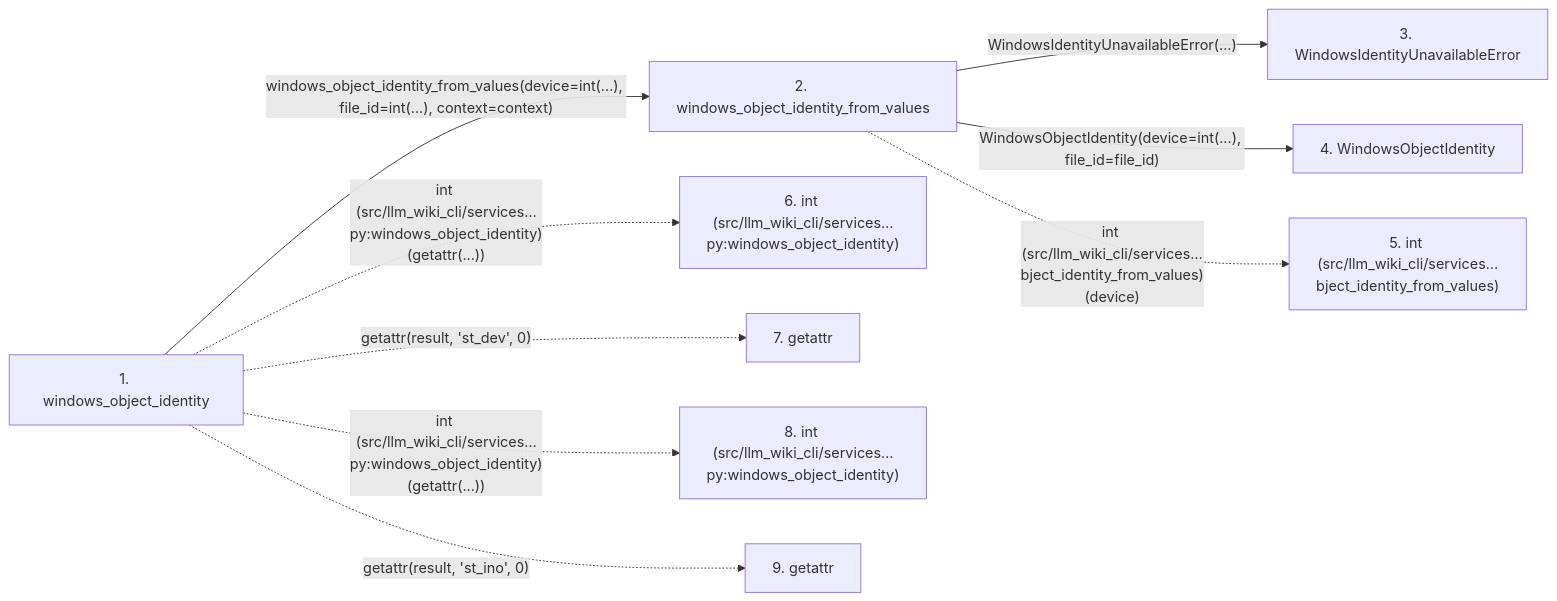
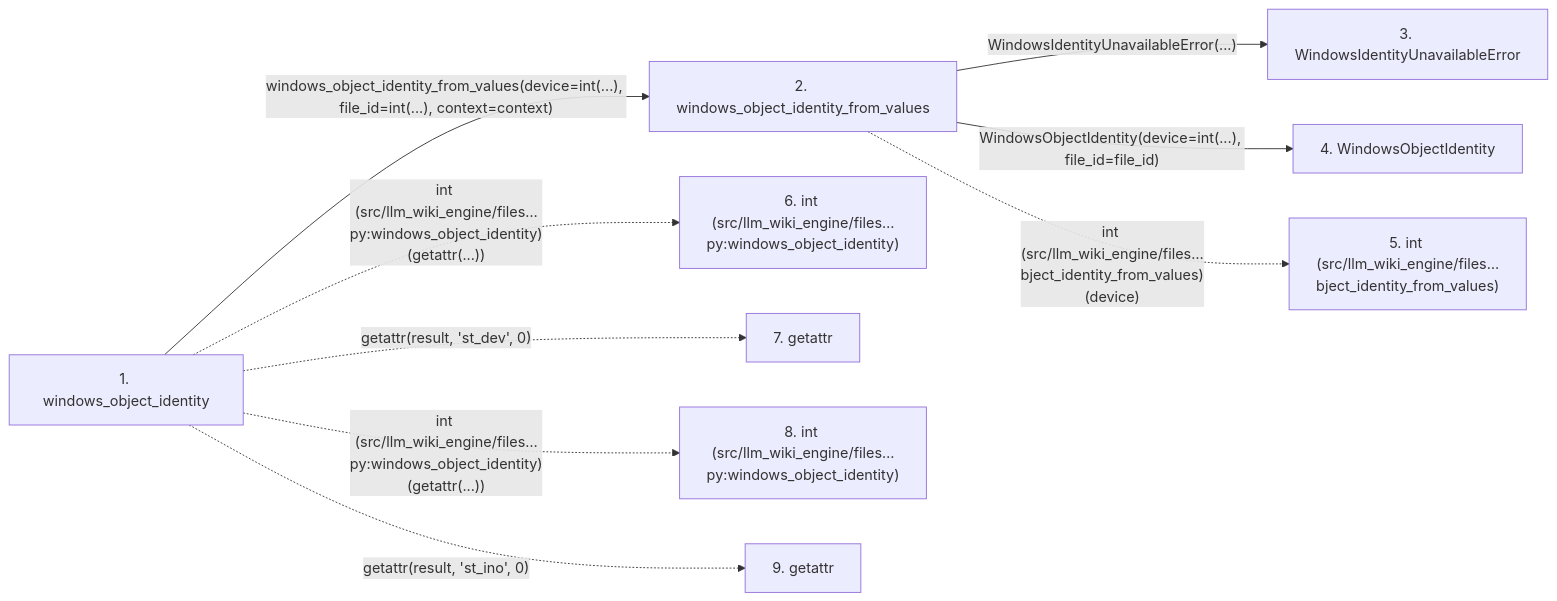
One commit to Denissvgn/python-wiki-llm changed the second of 2 diagrams in docs/llm_wiki/flows/api-windows_object_identity.md. Above: the diagram before and after it, drawn with Mermaid. The commit also changed other lines of this file and 739 other files, not shown here.

First line of the commit message:
docs: refresh the wiki for the second engine batch

````diff
--- a/docs/llm_wiki/flows/api-windows_object_identity.md
+++ b/docs/llm_wiki/flows/api-windows_object_identity.md
@@ -63,24 +63,24 @@
 ```mermaid
 flowchart LR
     s1["1. windows_object_identity"]
     s2["2. windows_object_identity_from_values"]
     s3["3. WindowsIdentityUnavailableError"]
     s4["4. WindowsObjectIdentity"]
-    s5["5. int (src/llm_wiki_cli/services…bject_identity_from_values)"]
-    s6["6. int (src/llm_wiki_cli/services…py:windows_object_identity)"]
+    s5["5. int (src/llm_wiki_engine/files…bject_identity_from_values)"]
+    s6["6. int (src/llm_wiki_engine/files…py:windows_object_identity)"]
     s7["7. getattr"]
-    s8["8. int (src/llm_wiki_cli/services…py:windows_object_identity)"]
+    s8["8. int (src/llm_wiki_engine/files…py:windows_object_identity)"]
     s9["9. getattr"]
     s1 -->|"windows_object_identity_from_values(device=int(...), file_id=int(...), context=context)"| s2
     s2 -->|"WindowsIdentityUnavailableError(...)"| s3
     s2 -->|"WindowsObjectIdentity(device=int(...), file_id=file_id)"| s4
-    s2 -. "int (src/llm_wiki_cli/services…bject_identity_from_values)(device)" .-> s5
-    s1 -. "int (src/llm_wiki_cli/services…py:windows_object_identity)(getattr(...))" .-> s6
+    s2 -. "int (src/llm_wiki_engine/files…bject_identity_from_values)(device)" .-> s5
+    s1 -. "int (src/llm_wiki_engine/files…py:windows_object_identity)(getattr(...))" .-> s6
     s1 -. "getattr(result, 'st_dev', 0)" .-> s7
-    s1 -. "int (src/llm_wiki_cli/services…py:windows_object_identity)(getattr(...))" .-> s8
+    s1 -. "int (src/llm_wiki_engine/files…py:windows_object_identity)(getattr(...))" .-> s8
     s1 -. "getattr(result, 'st_ino', 0)" .-> s9
     click s1 "../modules/filesystem_guard.md"
     click s2 "../modules/filesystem_guard.md"
     click s3 "../modules/filesystem_guard.md"
     click s4 "../modules/filesystem_guard.md"
 ```
````
